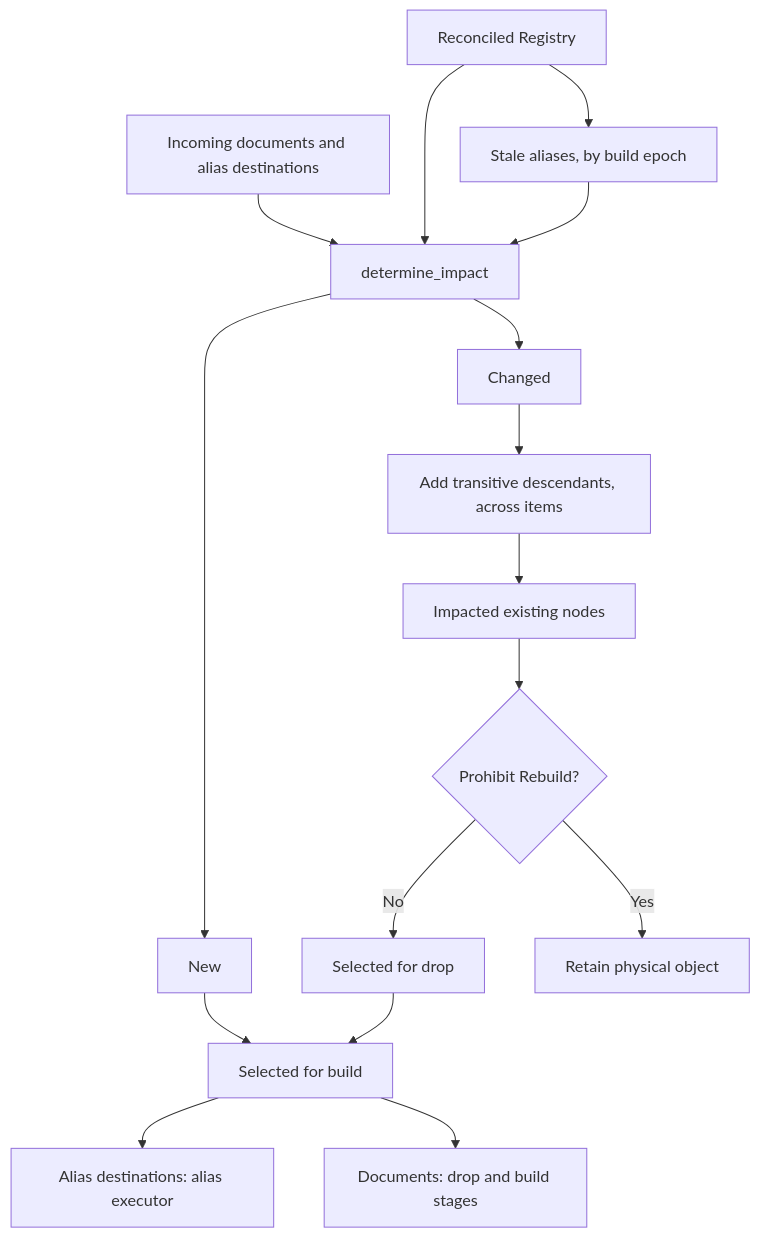
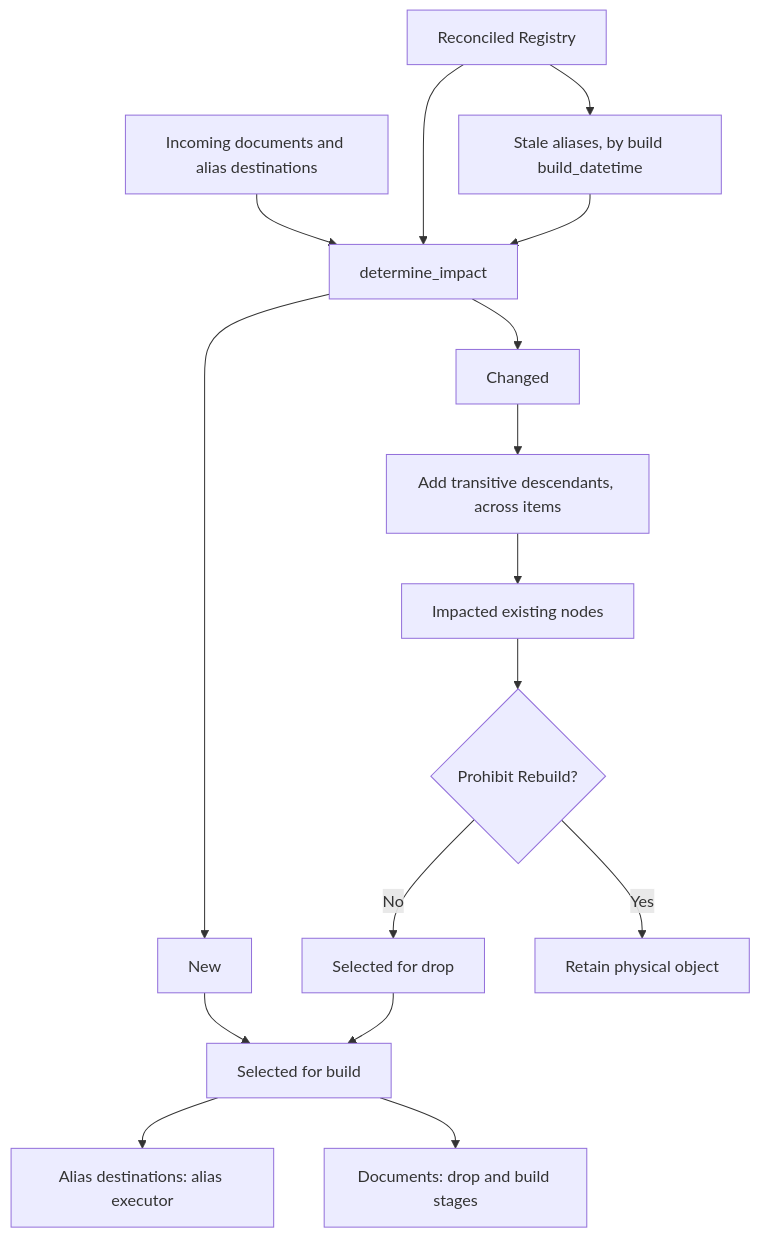
One commit to matthias-wong-dev/weaverstack changed the second of 4 diagrams in design/how-does-build-work.md. Above: the diagram before and after it, drawn with Mermaid. The commit also changed other lines of this file and 188 other files, not shown here.

````diff
--- a/design/how-does-build-work.md
+++ b/design/how-does-build-work.md
@@ -324,26 +324,26 @@
 ```mermaid
 flowchart TD
     R["Incoming documents and alias destinations"]
     C["Reconciled Registry"]
-    E["Stale aliases, by build epoch"]
+    E["Stale aliases, by build build_datetime"]
 
     R --> I["determine_impact"]
     C --> I
     C --> E
     E --> I
 
     I --> N["New"]
     I --> H["Changed"]
     H --> D["Add transitive descendants, across items"]
     D --> A["Impacted existing nodes"]
 
     A --> P{"Prohibit Rebuild?"}
     P -->|No| DROP["Selected for drop"]
     P -->|Yes| KEEP["Retain physical object"]
 
     N --> BUILD["Selected for build"]
     DROP --> BUILD
 
     BUILD --> AL["Alias destinations: alias executor"]
     BUILD --> DOC["Documents: drop and build stages"]
 ```
````
